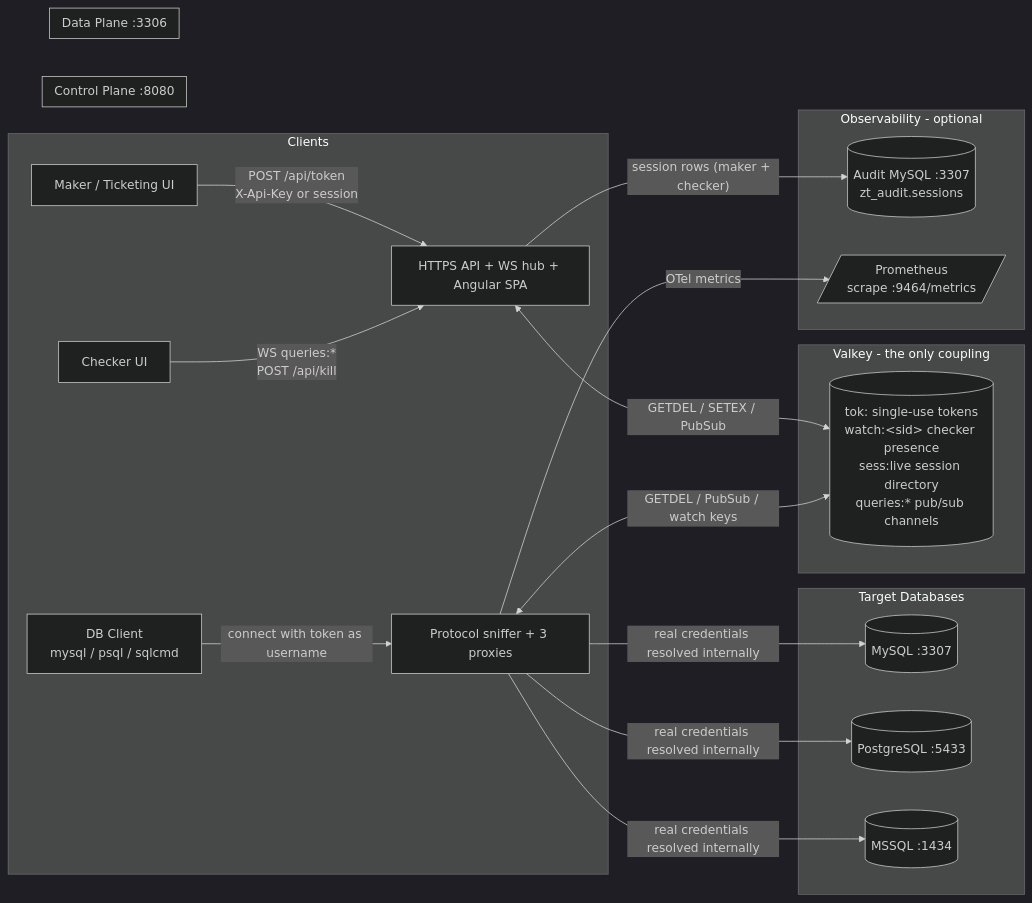
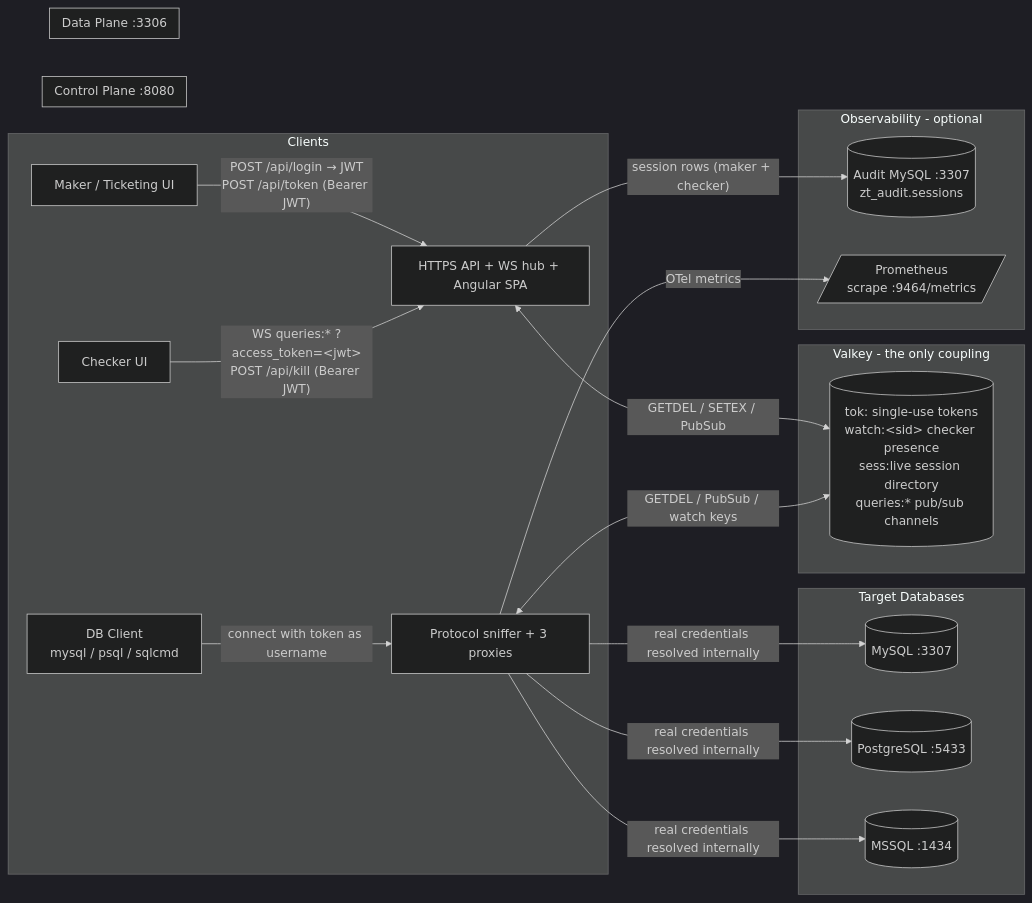
One commit to YiRongTeo/db_proxy changed the diagram in docs/01-architecture-overview.md. Above: the diagram before and after it, drawn with Mermaid (dark theme). The commit also changed other lines of this file and 17 other files, not shown here.

````diff
--- a/docs/01-architecture-overview.md
+++ b/docs/01-architecture-overview.md
@@ -14,39 +14,39 @@
 ```mermaid
 flowchart LR
     subgraph Clients
-        M[Maker / Ticketing UI] -->|"POST /api/token<br/>X-Api-Key or session"| C
-        K[Checker UI] -->|"WS queries:*<br/>POST /api/kill"| C
+        M[Maker / Ticketing UI] -->|"POST /api/login → JWT<br/>POST /api/token (Bearer JWT)"| C
+        K[Checker UI] -->|"WS queries:* ?access_token=&lt;jwt&gt;<br/>POST /api/kill (Bearer JWT)"| C
         DB[DB Client<br/>mysql / psql / sqlcmd] -->|"connect with token as username"| D
     end
 
     subgraph ControlPlane [Control Plane :8080]
         C[HTTPS API + WS hub + Angular SPA]
     end
 
     subgraph Valkey [Valkey - the only coupling]
         V[(tok: single-use tokens<br/>watch:&lt;sid&gt; checker presence<br/>sess:live session directory<br/>queries:* pub/sub channels)]
     end
 
     subgraph DataPlane [Data Plane :3306]
         D[Protocol sniffer + 3 proxies]
     end
 
     subgraph Databases [Target Databases]
         MY[(MySQL :3307)]
         PG[(PostgreSQL :5433)]
         MS[(MSSQL :1434)]
     end
 
     subgraph Observability [Observability - optional]
         AU[(Audit MySQL :3307<br/>zt_audit.sessions)]
         PM[/"Prometheus<br/>scrape :9464/metrics"/]
     end
 
     C <-->|"GETDEL / SETEX / PubSub"| V
     D <-->|"GETDEL / PubSub / watch keys"| V
     D -->|"real credentials resolved internally"| MY
     D -->|"real credentials resolved internally"| PG
     D -->|"real credentials resolved internally"| MS
     C -->|"session rows (maker + checker)"| AU
     D -->|"OTel metrics"| PM
 ```
````
